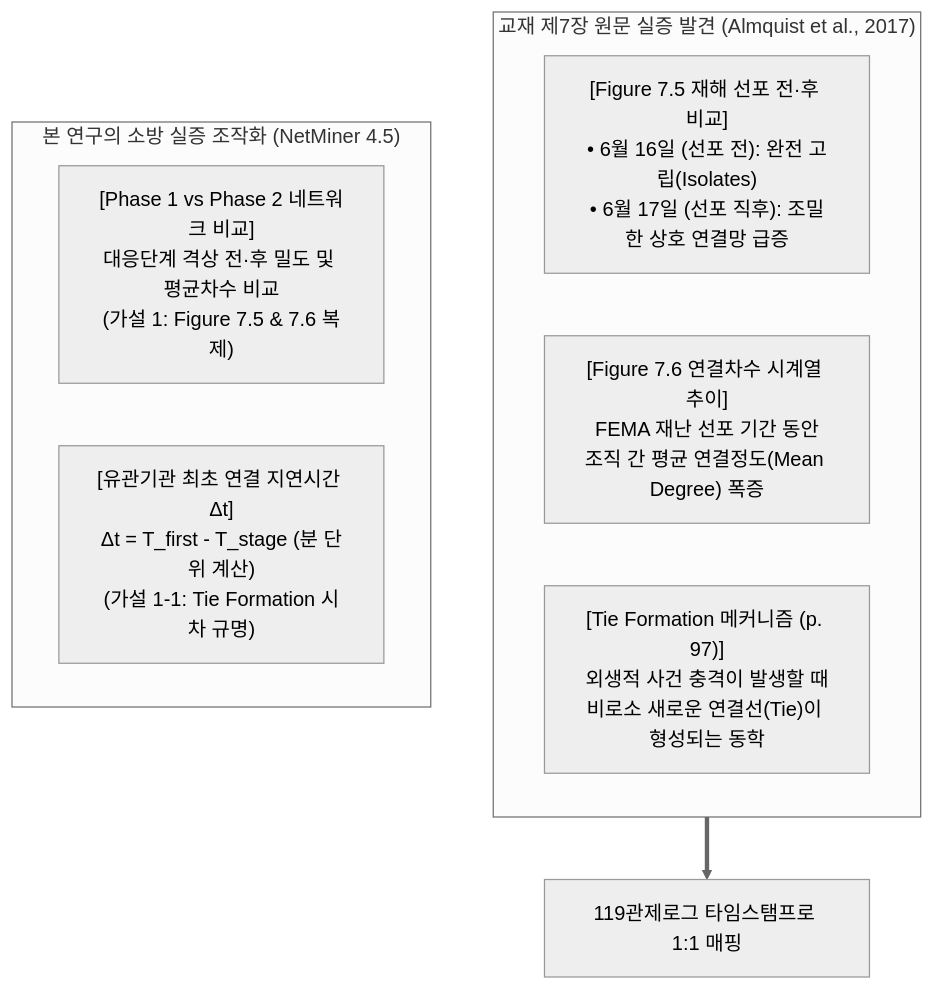
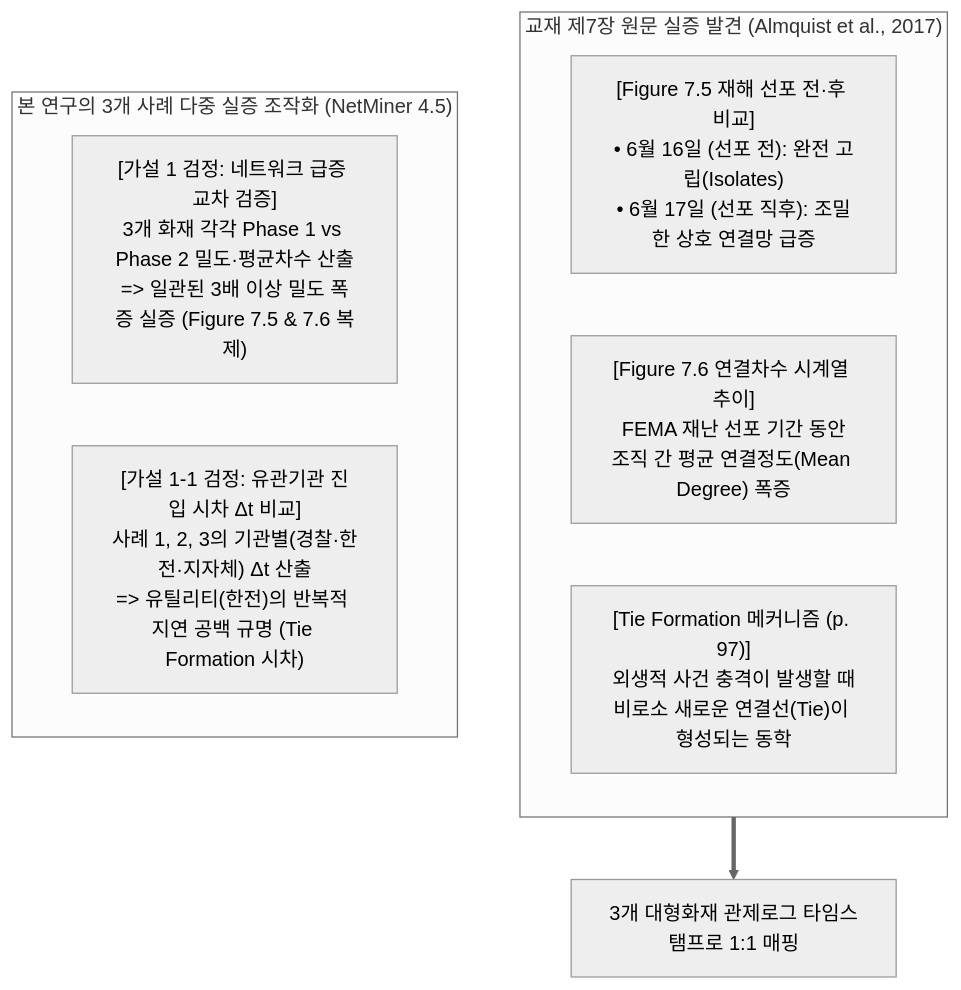
The second of 5 diagrams in 소방_SNA_수업_연구계획서.md (skang88/SNA), drawn with Mermaid (neutral theme) before and after one commit. The commit also changed other lines of this file and 1 other file, not shown here.

````diff
--- a/소방_SNA_수업_연구계획서.md
+++ b/소방_SNA_수업_연구계획서.md
@@ -65,15 +63,15 @@
 ```mermaid
 flowchart TD
     subgraph Ch7["교재 제7장 원문 실증 발견 (Almquist et al., 2017)"]
         F1["[Figure 7.5 재해 선포 전·후 비교]<br/>• 6월 16일 (선포 전): 완전 고립(Isolates)<br/>• 6월 17일 (선포 직후): 조밀한 상호 연결망 급증"]
         F2["[Figure 7.6 연결차수 시계열 추이]<br/>FEMA 재난 선포 기간 동안<br/>조직 간 평균 연결정도(Mean Degree) 폭증"]
         F3["[Tie Formation 메커니즘 (p. 97)]<br/>외생적 사건 충격이 발생할 때<br/>비로소 새로운 연결선(Tie)이 형성되는 동학"]
     end
 
-    Ch7 ==> Mapping["119관제로그 타임스탬프로 1:1 매핑"]
+    Ch7 ==> Mapping["3개 대형화재 관제로그 타임스탬프로 1:1 매핑"]
 
-    subgraph Fire["본 연구의 소방 실증 조작화 (NetMiner 4.5)"]
-        S1["[Phase 1 vs Phase 2 네트워크 비교]<br/>대응단계 격상 전·후 밀도 및 평균차수 비교<br/>(가설 1: Figure 7.5 & 7.6 복제)"]
-        S2["[유관기관 최초 연결 지연시간 Δt]<br/>Δt = T_first - T_stage (분 단위 계산)<br/>(가설 1-1: Tie Formation 시차 규명)"]
+    subgraph Fire["본 연구의 3개 사례 다중 실증 조작화 (NetMiner 4.5)"]
+        S1["[가설 1 검정: 네트워크 급증 교차 검증]<br/>3개 화재 각각 Phase 1 vs Phase 2 밀도·평균차수 산출<br/>=> 일관된 3배 이상 밀도 폭증 실증 (Figure 7.5 & 7.6 복제)"]
+        S2["[가설 1-1 검정: 유관기관 진입 시차 Δt 비교]<br/>사례 1, 2, 3의 기관별(경찰·한전·지자체) Δt 산출<br/>=> 유틸리티(한전)의 반복적 지연 공백 규명 (Tie Formation 시차)"]
     end
 ```
````
